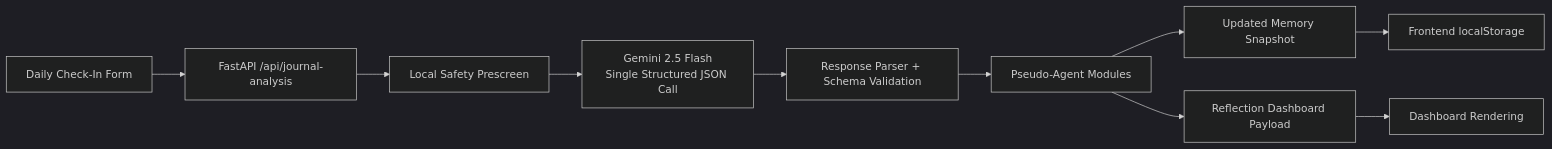
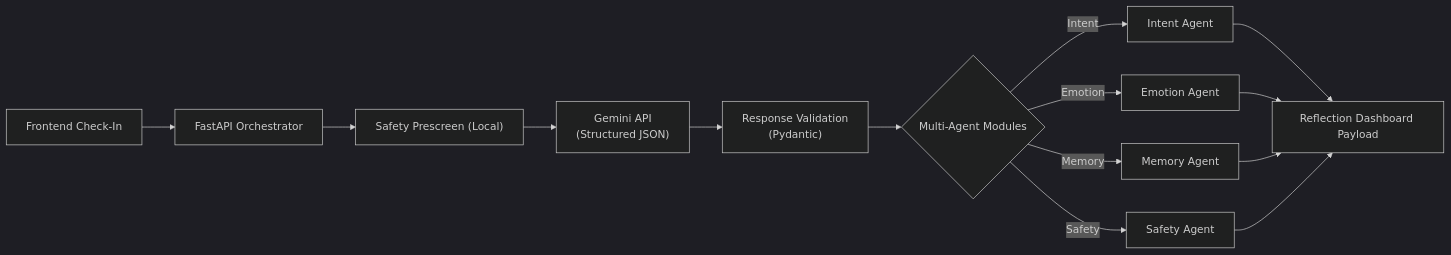
Before and after one commit to AnindyaRayAhmed/breathe: the diagram in README.md, drawn with Mermaid (dark theme). The commit also changed other lines of this file and 1 other file, not shown here.

Commit message:
docs(readme): add detailed hackathon documentation and finalize Gemini response parsing compatibility

````diff
--- a/README.md
+++ b/README.md
@@ -78,12 +50,15 @@
 ```mermaid
 flowchart LR
-    A["Daily Check-In Form"] --> B["FastAPI /api/journal-analysis"]
-    B --> C["Local Safety Prescreen"]
-    C --> D["Gemini 2.5 Flash\nSingle Structured JSON Call"]
-    D --> E["Response Parser + Schema Validation"]
-    E --> F["Pseudo-Agent Modules"]
-    F --> G["Updated Memory Snapshot"]
-    F --> H["Reflection Dashboard Payload"]
-    G --> I["Frontend localStorage"]
-    H --> J["Dashboard Rendering"]
+    A["Frontend Check-In"] --> B["FastAPI Orchestrator"]
+    B --> C["Safety Prescreen (Local)"]
+    C --> D["Gemini API\n(Structured JSON)"]
+    D --> E["Response Validation\n(Pydantic)"]
+    E --> F{"Multi-Agent Modules"}
+    
+    F --> |Intent| G[Intent Agent]
+    F --> |Emotion| H[Emotion Agent]
+    F --> |Memory| I[Memory Agent]
+    F --> |Safety| J[Safety Agent]
+    
+    G & H & I & J --> K["Reflection Dashboard Payload"]
 ```
````
